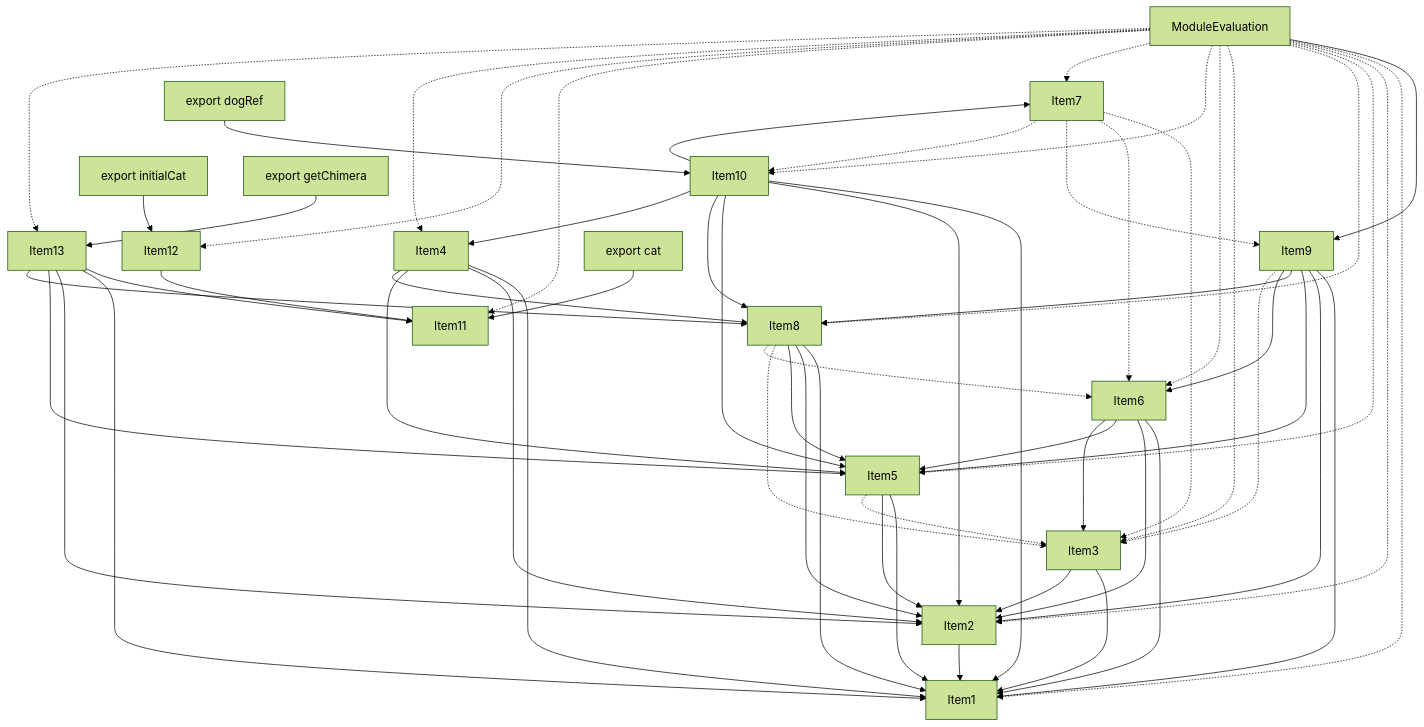
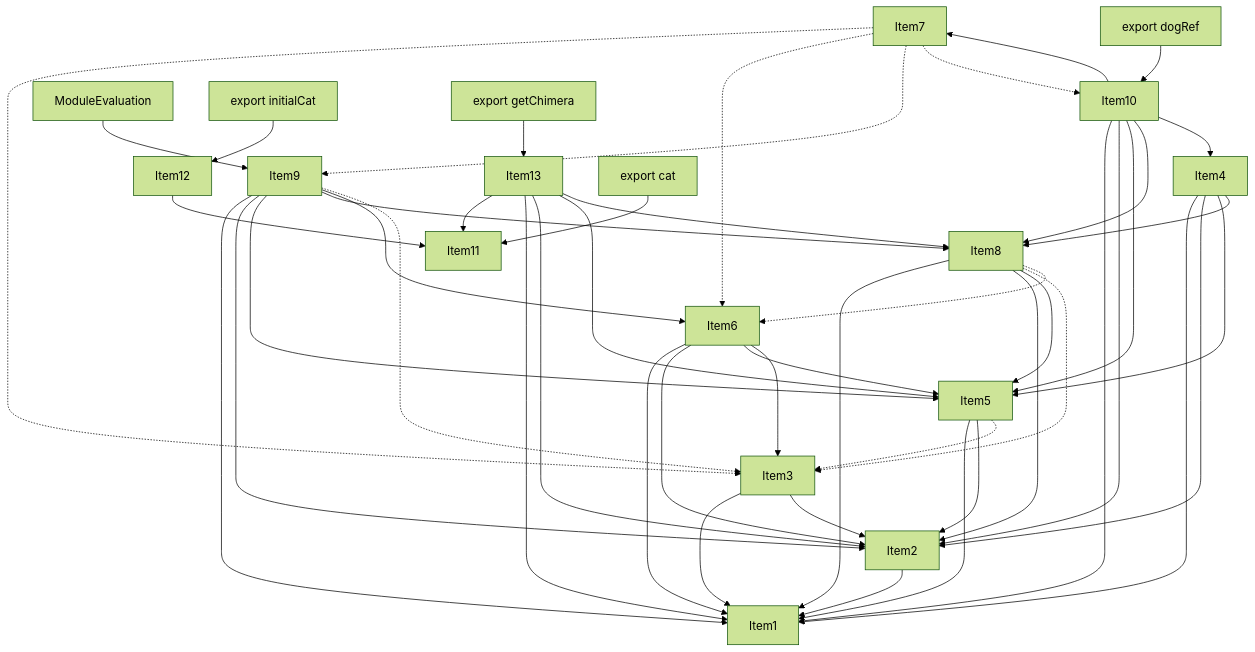
Before and after one commit to vercel/turborepo: the fourth of 5 diagrams in crates/turbopack-ecmascript/tests/tree-shaker/analyzer/complex/output.md, drawn with Mermaid (forest theme). The commit also changed other lines of this file and 3 other files, not shown here.

```diff
--- a/crates/turbopack-ecmascript/tests/tree-shaker/analyzer/complex/output.md
+++ b/crates/turbopack-ecmascript/tests/tree-shaker/analyzer/complex/output.md
@@ -360,18 +360,6 @@
     Item13 --> Item5;
     Item13 --> Item8;
     Item14 --> Item9;
-    Item14 -.-> Item1;
-    Item14 -.-> Item2;
-    Item14 -.-> Item5;
-    Item14 -.-> Item8;
-    Item14 -.-> Item3;
-    Item14 -.-> Item6;
-    Item14 -.-> Item10;
-    Item14 -.-> Item7;
-    Item14 -.-> Item11;
-    Item14 -.-> Item12;
-    Item14 -.-> Item4;
-    Item14 -.-> Item13;
     Item15 --> Item10;
     Item16 --> Item11;
     Item17 --> Item12;
```
